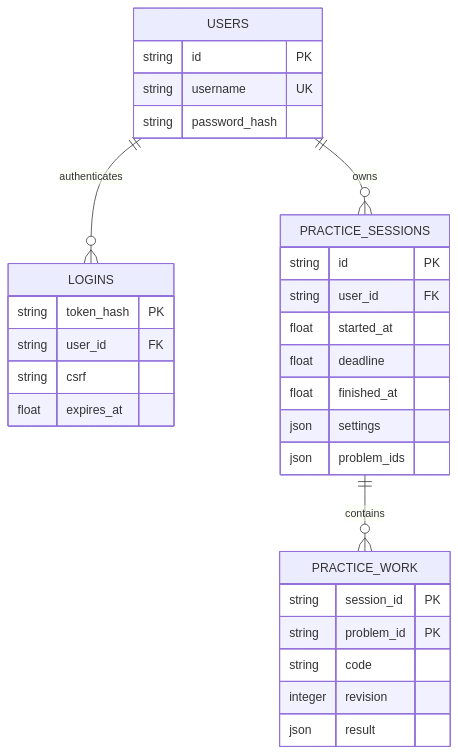
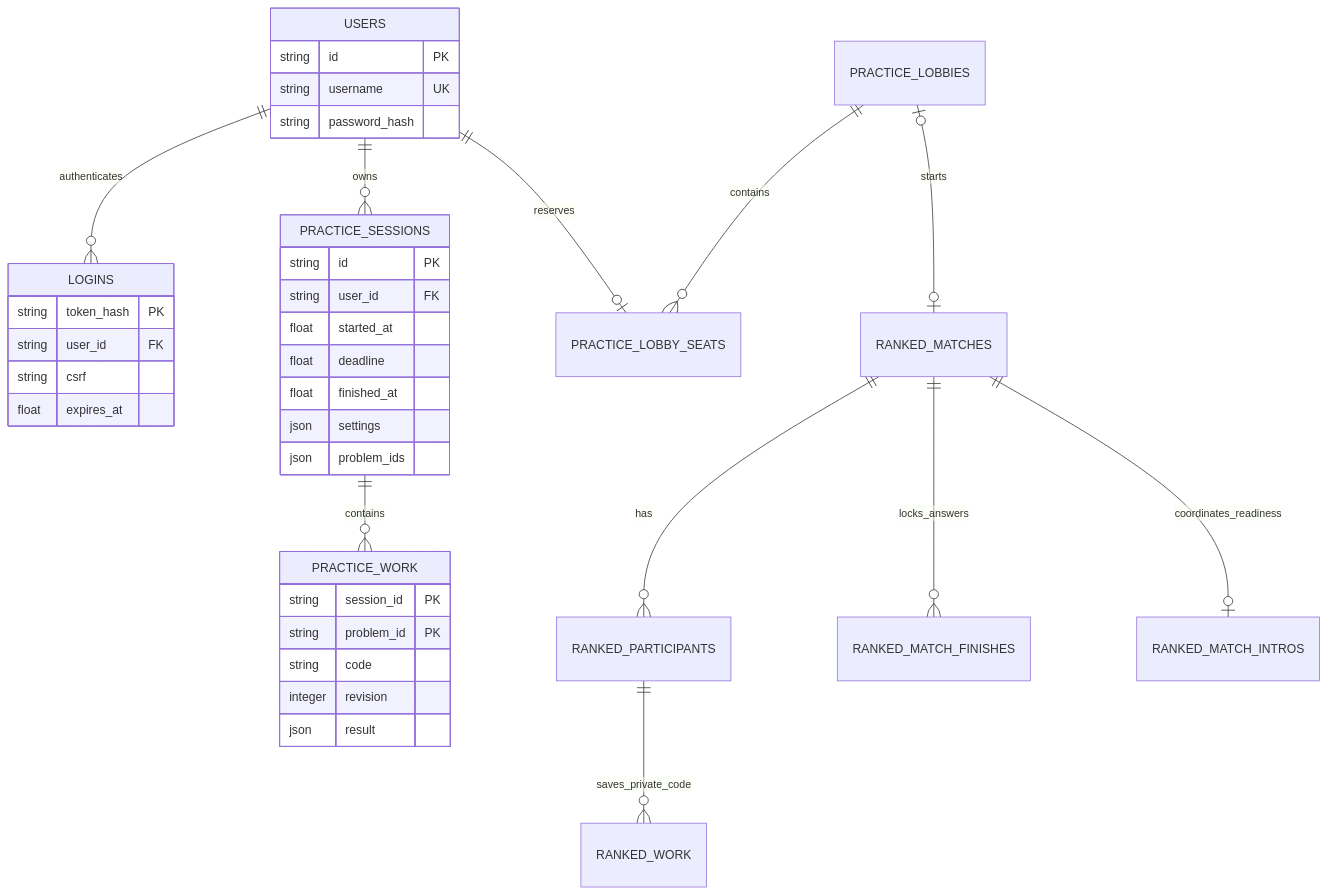
The second of 3 diagrams in docs/architecture.md (tylerkngyn/pair), drawn with Mermaid before and after one commit. The commit also changed other lines of this file and 24 other files, not shown here.

First line of the commit message:
Integrate lobbies and synchronized multiplayer practice

````diff
--- a/docs/architecture.md
+++ b/docs/architecture.md
@@ -64,33 +74,40 @@
 ```mermaid
 erDiagram
     USERS ||--o{ LOGINS : authenticates
     USERS ||--o{ PRACTICE_SESSIONS : owns
     PRACTICE_SESSIONS ||--o{ PRACTICE_WORK : contains
+    USERS ||--o| PRACTICE_LOBBY_SEATS : reserves
+    PRACTICE_LOBBIES ||--o{ PRACTICE_LOBBY_SEATS : contains
+    PRACTICE_LOBBIES |o--o| RANKED_MATCHES : starts
+    RANKED_MATCHES ||--o{ RANKED_PARTICIPANTS : has
+    RANKED_PARTICIPANTS ||--o{ RANKED_WORK : saves_private_code
+    RANKED_MATCHES ||--o{ RANKED_MATCH_FINISHES : locks_answers
+    RANKED_MATCHES ||--o| RANKED_MATCH_INTROS : coordinates_readiness
     USERS {
         string id PK
         string username UK
         string password_hash
     }
     LOGINS {
         string token_hash PK
         string user_id FK
         string csrf
         float expires_at
     }
     PRACTICE_SESSIONS {
         string id PK
         string user_id FK
         float started_at
         float deadline
         float finished_at
         json settings
         json problem_ids
     }
     PRACTICE_WORK {
         string session_id PK
         string problem_id PK
         string code
         integer revision
         json result
     }
 ```
````
